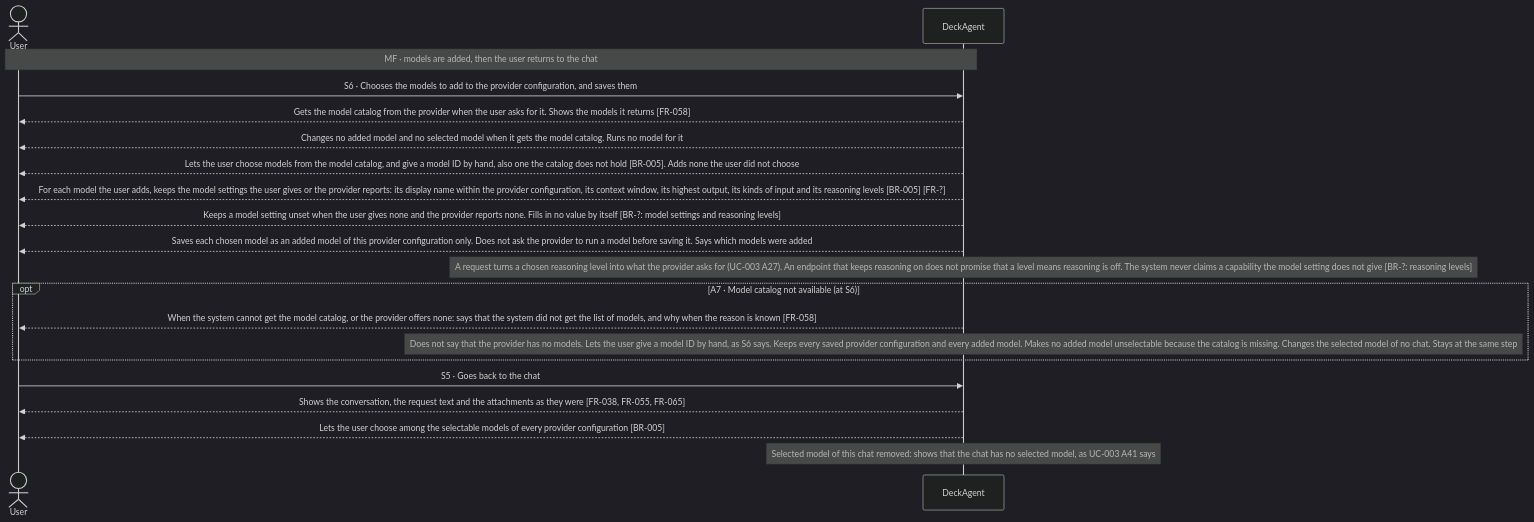
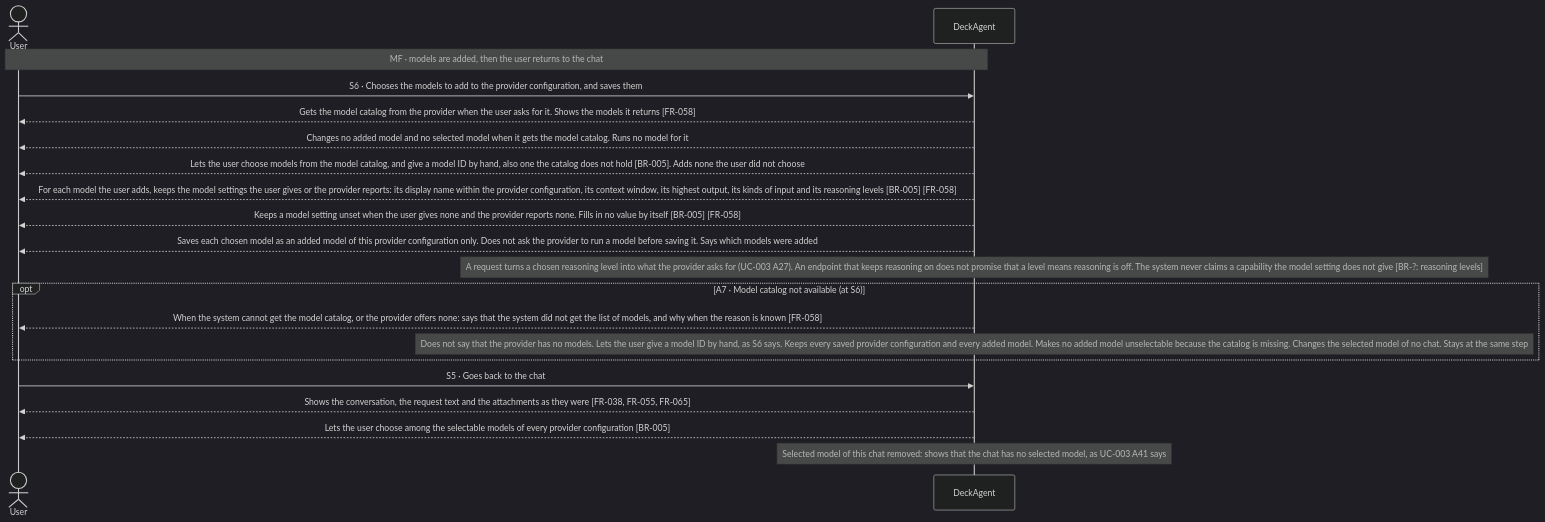
The third of 3 diagrams in docs/spec/03-use-cases/UC-005.md (Luke23127006/DeckAgent), drawn with Mermaid (dark theme) before and after one commit. The commit also changed other lines of this file and 128 other files, not shown here.

````diff
--- a/docs/spec/03-use-cases/UC-005.md
+++ b/docs/spec/03-use-cases/UC-005.md
@@ -167,22 +153,22 @@
 ```mermaid
 sequenceDiagram
     actor User
     participant DeckAgent
     Note over User,DeckAgent: MF · models are added, then the user returns to the chat
     User->>DeckAgent: S6 · Chooses the models to add to the provider configuration, and saves them
     DeckAgent-->>User: Gets the model catalog from the provider when the user asks for it. Shows the models it returns [FR-058]
     DeckAgent-->>User: Changes no added model and no selected model when it gets the model catalog. Runs no model for it
     DeckAgent-->>User: Lets the user choose models from the model catalog, and give a model ID by hand, also one the catalog does not hold [BR-005]. Adds none the user did not choose
-    DeckAgent-->>User: For each model the user adds, keeps the model settings the user gives or the provider reports: its display name within the provider configuration, its context window, its highest output, its kinds of input and its reasoning levels [BR-005] [FR-?]
-    DeckAgent-->>User: Keeps a model setting unset when the user gives none and the provider reports none. Fills in no value by itself [BR-?: model settings and reasoning levels]
+    DeckAgent-->>User: For each model the user adds, keeps the model settings the user gives or the provider reports: its display name within the provider configuration, its context window, its highest output, its kinds of input and its reasoning levels [BR-005] [FR-058]
+    DeckAgent-->>User: Keeps a model setting unset when the user gives none and the provider reports none. Fills in no value by itself [BR-005] [FR-058]
     DeckAgent-->>User: Saves each chosen model as an added model of this provider configuration only. Does not ask the provider to run a model before saving it. Says which models were added
     note over DeckAgent: A request turns a chosen reasoning level into what the provider asks for (UC-003 A27). An endpoint that keeps reasoning on does not promise that a level means reasoning is off. The system never claims a capability the model setting does not give [BR-?: reasoning levels]
     opt A7 · Model catalog not available (at S6)
         DeckAgent-->>User: When the system cannot get the model catalog, or the provider offers none: says that the system did not get the list of models, and why when the reason is known [FR-058]
         note over DeckAgent: Does not say that the provider has no models. Lets the user give a model ID by hand, as S6 says. Keeps every saved provider configuration and every added model. Makes no added model unselectable because the catalog is missing. Changes the selected model of no chat. Stays at the same step
     end
     User->>DeckAgent: S5 · Goes back to the chat
     DeckAgent-->>User: Shows the conversation, the request text and the attachments as they were [FR-038, FR-055, FR-065]
     DeckAgent-->>User: Lets the user choose among the selectable models of every provider configuration [BR-005]
     note over DeckAgent: Selected model of this chat removed: shows that the chat has no selected model, as UC-003 A41 says
 ```
````
